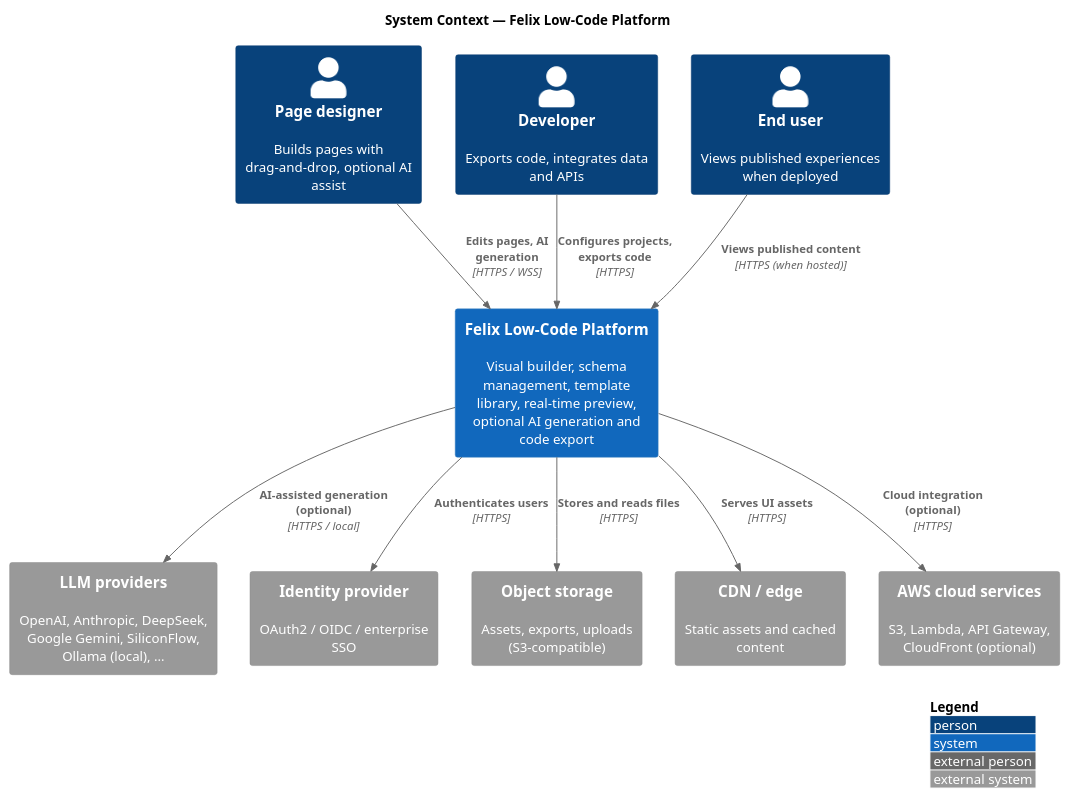
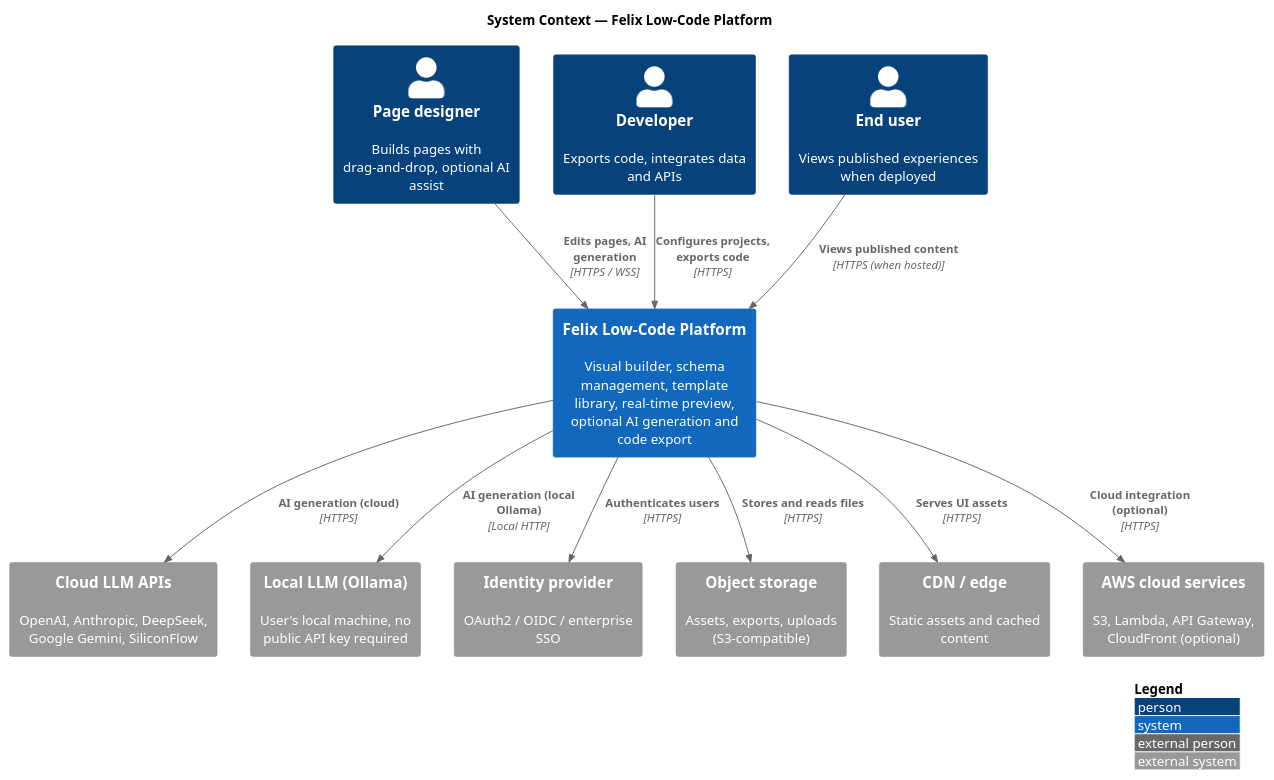
Before and after one commit to felixzhu97/low-code-platform: the diagram in docs/en/architecture/c4/c4-context.puml, drawn with PlantUML. The commit also changed 43 other files, not shown here.

First line of the commit message:
refactor: split templates.ts into category files + update architecture docs

```diff
--- a/docs/en/architecture/c4/c4-context.puml
+++ b/docs/en/architecture/c4/c4-context.puml
@@ -1,29 +1,31 @@
 @startuml c4-context-felix-low-code
 !include https://raw.githubusercontent.com/plantuml-stdlib/C4-PlantUML/master/C4_Context.puml
 
 LAYOUT_WITH_LEGEND()
 
 title System Context — Felix Low-Code Platform
 
 Person(designer, "Page designer", "Builds pages with drag-and-drop, optional AI assist")
 Person(developer, "Developer", "Exports code, integrates data and APIs")
 Person(viewer, "End user", "Views published experiences when deployed")
 
 System(felix, "Felix Low-Code Platform", "Visual builder, schema management, template library, real-time preview, optional AI generation and code export")
 
-System_Ext(llm, "LLM providers", "OpenAI, Anthropic, DeepSeek, Google Gemini, SiliconFlow, Ollama (local), …")
+System_Ext(llm_cloud, "Cloud LLM APIs", "OpenAI, Anthropic, DeepSeek, Google Gemini, SiliconFlow")
+System_Ext(llm_local, "Local LLM (Ollama)", "User's local machine, no public API key required")
 System_Ext(auth, "Identity provider", "OAuth2 / OIDC / enterprise SSO")
 System_Ext(storage, "Object storage", "Assets, exports, uploads (S3-compatible)")
 System_Ext(cdn, "CDN / edge", "Static assets and cached content")
 System_Ext(aws, "AWS cloud services", "S3, Lambda, API Gateway, CloudFront (optional)")
 
 Rel(designer, felix, "Edits pages, AI generation", "HTTPS / WSS")
 Rel(developer, felix, "Configures projects, exports code", "HTTPS")
 Rel(viewer, felix, "Views published content", "HTTPS (when hosted)")
-Rel(felix, llm, "AI-assisted generation (optional)", "HTTPS / local")
+Rel(felix, llm_cloud, "AI generation (cloud)", "HTTPS")
+Rel(felix, llm_local, "AI generation (local Ollama)", "Local HTTP")
 Rel(felix, auth, "Authenticates users", "HTTPS")
 Rel(felix, storage, "Stores and reads files", "HTTPS")
 Rel(felix, cdn, "Serves UI assets", "HTTPS")
 Rel(felix, aws, "Cloud integration (optional)", "HTTPS")
 
 @enduml
```
